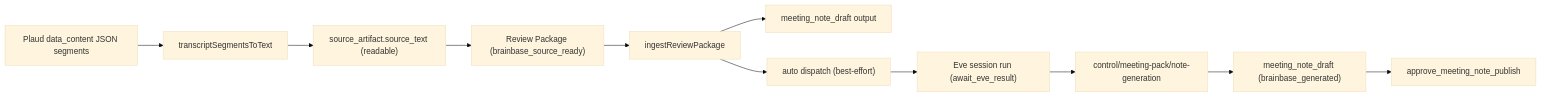
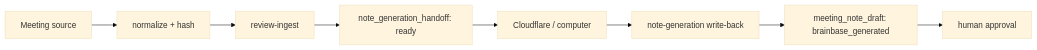
One commit to Unson-LLC/brainbase changed the diagram in docs/architecture/meeting-note-generation-dag-wiring-architecture.md. Above: the diagram before and after it, drawn with Mermaid (base theme). The commit also changed other lines of this file and 103 other files, not shown here.

````diff
--- a/docs/architecture/meeting-note-generation-dag-wiring-architecture.md
+++ b/docs/architecture/meeting-note-generation-dag-wiring-architecture.md
@@ -38,13 +9,10 @@
 ```mermaid
 flowchart LR
-  plaud["Plaud data_content JSON segments"] --> norm["transcriptSegmentsToText"]
-  norm --> artifact["source_artifact.source_text (readable)"]
-  artifact --> pack["Review Package (brainbase_source_ready)"]
-  pack --> ingest["ingestReviewPackage"]
-  ingest --> output["meeting_note_draft output"]
-  ingest --> autodispatch["auto dispatch (best-effort)"]
-  autodispatch --> eve["Eve session run (await_eve_result)"]
-  eve --> writeback["control/meeting-pack/note-generation"]
-  writeback --> output2["meeting_note_draft (brainbase_generated)"]
-  output2 --> human["approve_meeting_note_publish"]
+  source["Meeting source"] --> normalize["normalize + hash"]
+  normalize --> ingest["review-ingest"]
+  ingest --> handoff["note_generation_handoff: ready"]
+  handoff --> runtime["Cloudflare / computer"]
+  runtime --> writeback["note-generation write-back"]
+  writeback --> draft["meeting_note_draft: brainbase_generated"]
+  draft --> approval["human approval"]
 ```
````
